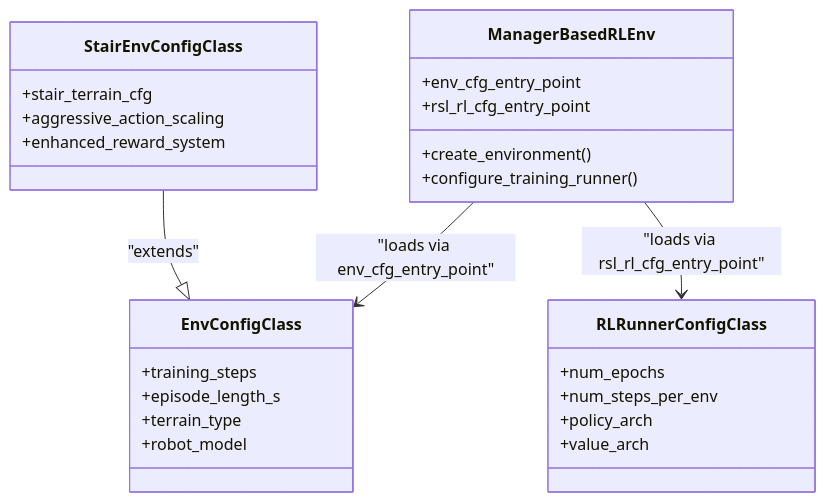
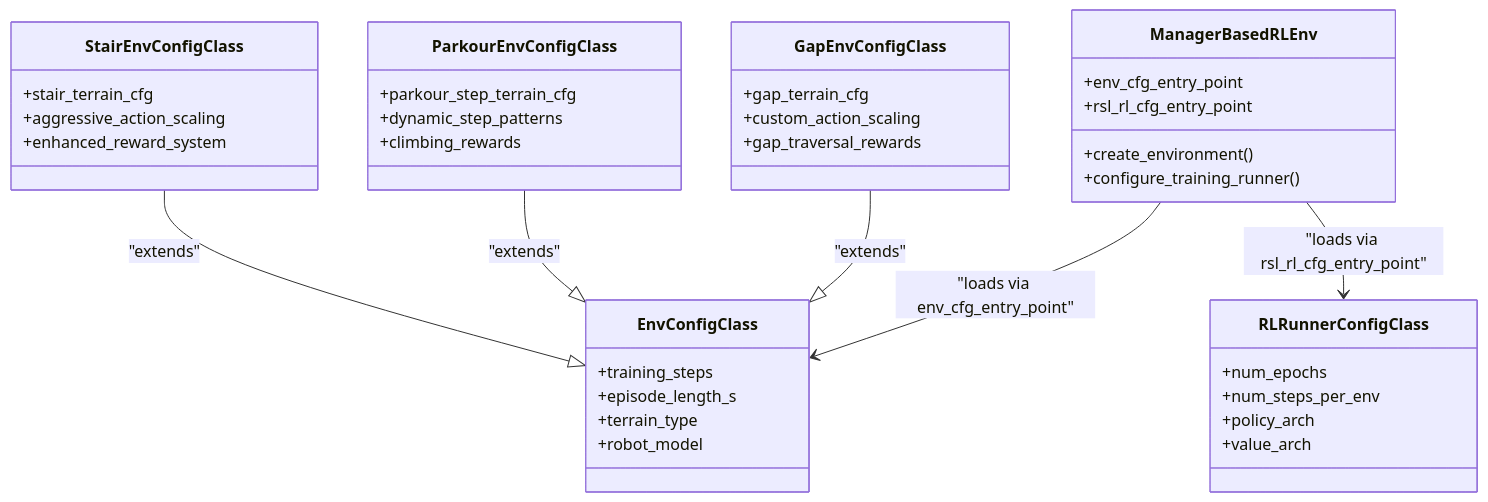
One commit to jayjayhust/robot_lab changed the third of 4 diagrams in .qoder/repowiki/en/content/Environment System/Environment Registration Framework.md. Above: the diagram before and after it, drawn with Mermaid. The commit also changed other lines of this file and 9 other files, not shown here.

````diff
--- a/.qoder/repowiki/en/content/Environment System/Environment Registration Framework.md
+++ b/.qoder/repowiki/en/content/Environment System/Environment Registration Framework.md
@@ -238,29 +266,41 @@
 ```mermaid
 classDiagram
 class ManagerBasedRLEnv {
 +env_cfg_entry_point
 +rsl_rl_cfg_entry_point
 +create_environment()
 +configure_training_runner()
 }
 class EnvConfigClass {
 +training_steps
 +episode_length_s
 +terrain_type
 +robot_model
 }
 class RLRunnerConfigClass {
 +num_epochs
 +num_steps_per_env
 +policy_arch
 +value_arch
 }
+class GapEnvConfigClass {
++gap_terrain_cfg
++custom_action_scaling
++gap_traversal_rewards
+}
+class ParkourEnvConfigClass {
++parkour_step_terrain_cfg
++dynamic_step_patterns
++climbing_rewards
+}
 class StairEnvConfigClass {
 +stair_terrain_cfg
 +aggressive_action_scaling
 +enhanced_reward_system
 }
 ManagerBasedRLEnv --> EnvConfigClass : "loads via env_cfg_entry_point"
 ManagerBasedRLEnv --> RLRunnerConfigClass : "loads via rsl_rl_cfg_entry_point"
+GapEnvConfigClass --|> EnvConfigClass : "extends"
+ParkourEnvConfigClass --|> EnvConfigClass : "extends"
 StairEnvConfigClass --|> EnvConfigClass : "extends"
 ```
````
